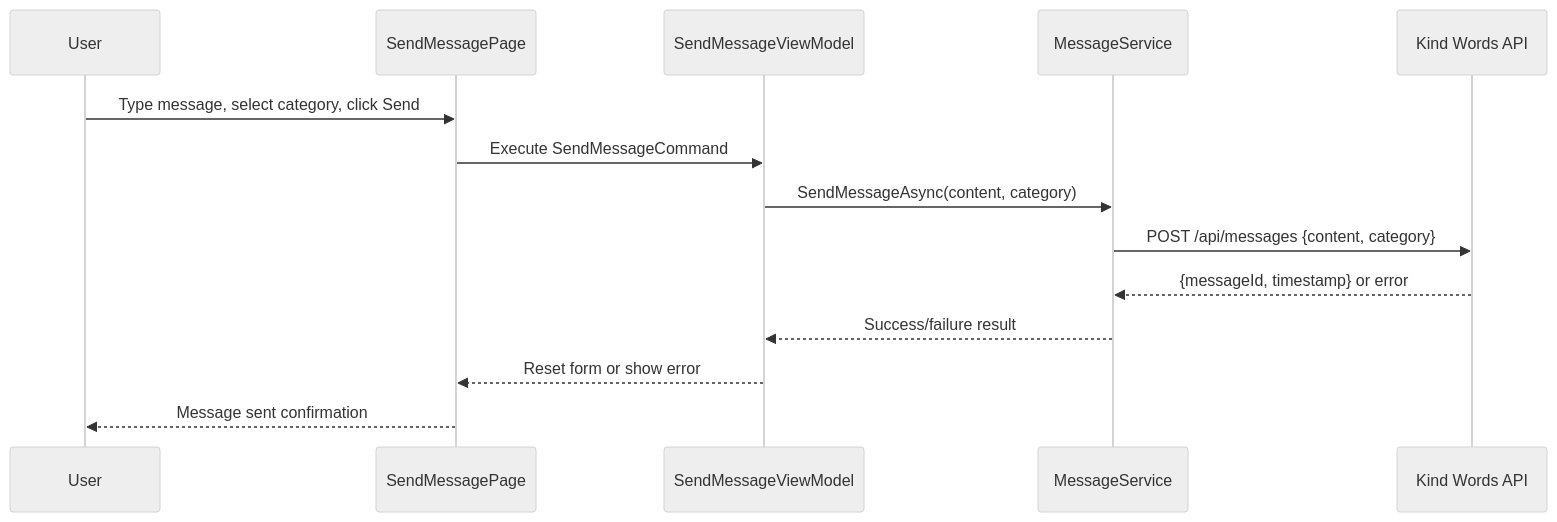
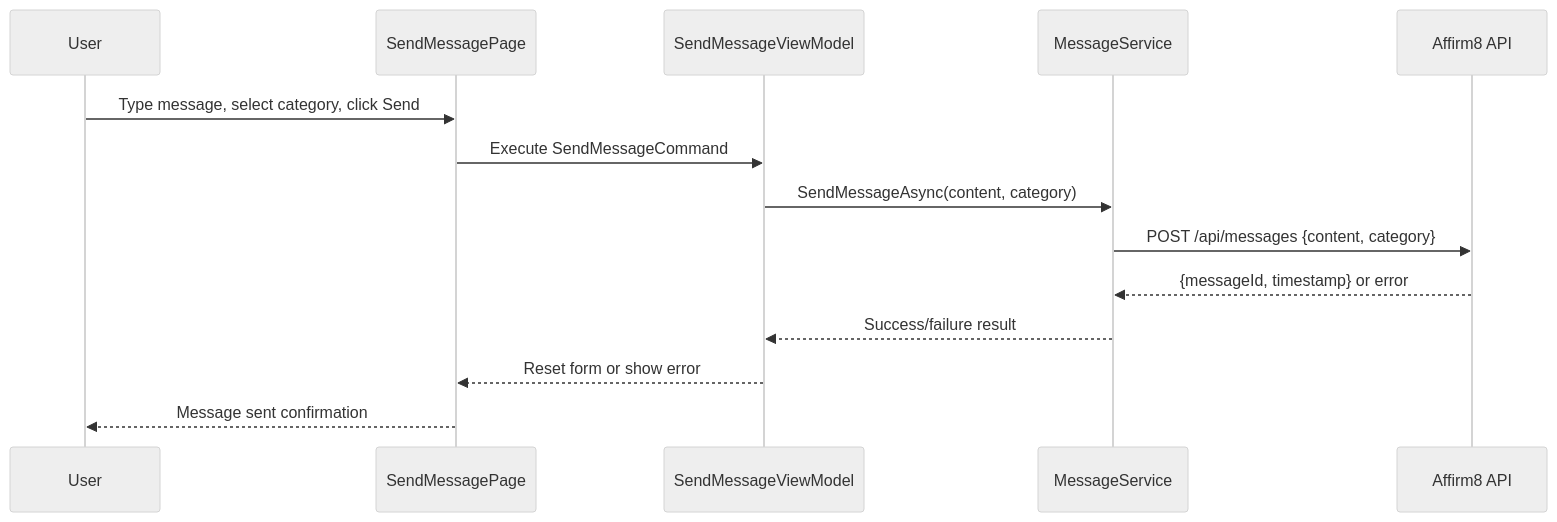
The second of 3 diagrams in GUIDE.md (bokondog/Affirm8), drawn with Mermaid (neutral theme) before and after one commit. The commit also changed other lines of this file and 10 other files, not shown here.

````diff
--- a/GUIDE.md
+++ b/GUIDE.md
@@ -199,17 +199,17 @@
 ```mermaid
 sequenceDiagram
     participant U as User
     participant V as SendMessagePage
     participant VM as SendMessageViewModel
     participant MS as MessageService
-    participant API as Kind Words API
+    participant API as Affirm8 API
 
     U->>V: Type message, select category, click Send
     V->>VM: Execute SendMessageCommand
     VM->>MS: SendMessageAsync(content, category)
     MS->>API: POST /api/messages {content, category}
     API-->>MS: {messageId, timestamp} or error
     MS-->>VM: Success/failure result
     VM-->>V: Reset form or show error
     V-->>U: Message sent confirmation
 ```
````
